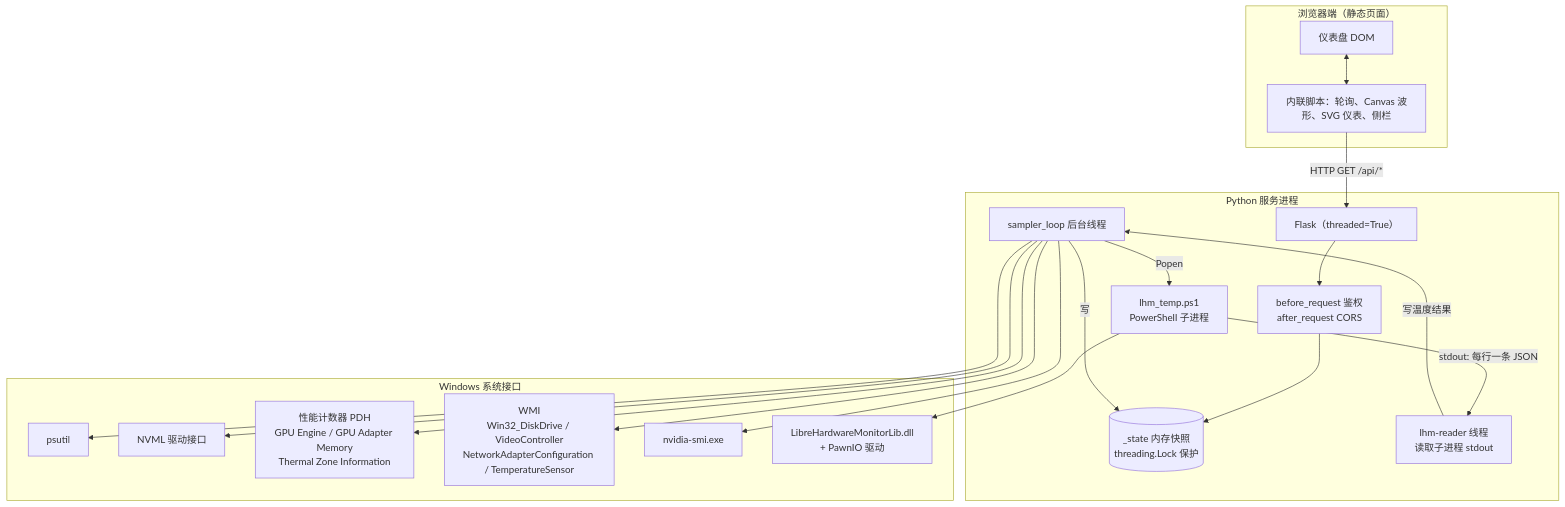
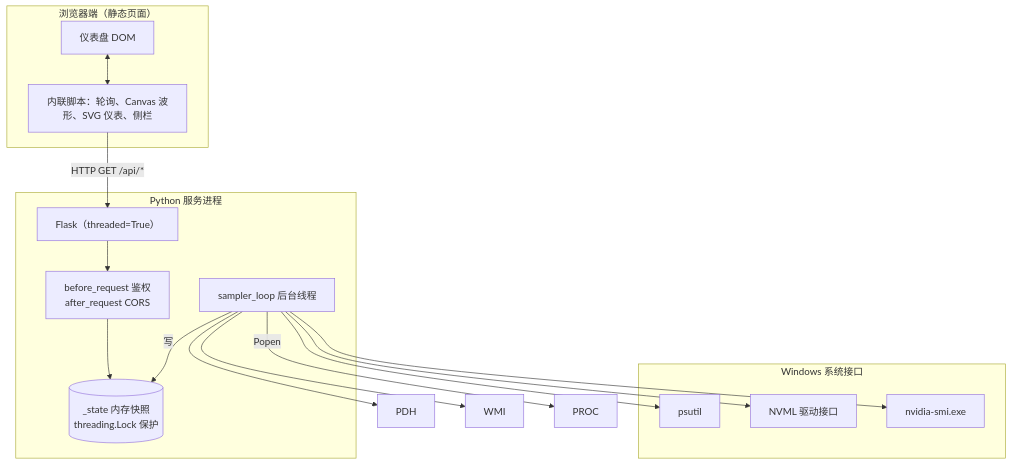
The first of 4 diagrams in docs/01-架构总览.md (tyvtjhj/system-resource-monitor), drawn with Mermaid before and after one commit. The commit also changed other lines of this file and 26 other files, not shown here.

````diff
--- a/docs/01-架构总览.md
+++ b/docs/01-架构总览.md
@@ -19,39 +20,31 @@
 ```mermaid
 flowchart TB
     subgraph CLIENT["浏览器端（静态页面）"]
         UI["仪表盘 DOM"]
         JS["内联脚本：轮询、Canvas 波形、SVG 仪表、侧栏"]
         UI <--> JS
     end
 
     subgraph SERVER["Python 服务进程"]
         FLASK["Flask（threaded=True）"]
         GUARD["before_request 鉴权<br/>after_request CORS"]
         SNAP[("_state 内存快照<br/>threading.Lock 保护")]
         SAMPLER["sampler_loop 后台线程"]
-        LHMPUMP["lhm-reader 线程<br/>读取子进程 stdout"]
-        PROC["lhm_temp.ps1<br/>PowerShell 子进程"]
     end
 
     subgraph OS["Windows 系统接口"]
         PSUTIL["psutil"]
         NVML["NVML 驱动接口"]
-        PDH["性能计数器 PDH<br/>GPU Engine / GPU Adapter Memory<br/>Thermal Zone Information"]
-        WMI["WMI<br/>Win32_DiskDrive / VideoController<br/>NetworkAdapterConfiguration / TemperatureSensor"]
         SMI["nvidia-smi.exe"]
-        LHM["LibreHardwareMonitorLib.dll<br/>+ PawnIO 驱动"]
     end
 
     JS -->|"HTTP GET /api/*"| FLASK
     FLASK --> GUARD --> SNAP
     SAMPLER -->|"写"| SNAP
-    LHMPUMP -->|"写温度结果"| SAMPLER
     SAMPLER --> PSUTIL
     SAMPLER --> NVML
     SAMPLER --> PDH
     SAMPLER --> WMI
     SAMPLER --> SMI
     SAMPLER -->|"Popen"| PROC
-    PROC --> LHM
-    PROC -->|"stdout: 每行一条 JSON"| LHMPUMP
 ```
````
